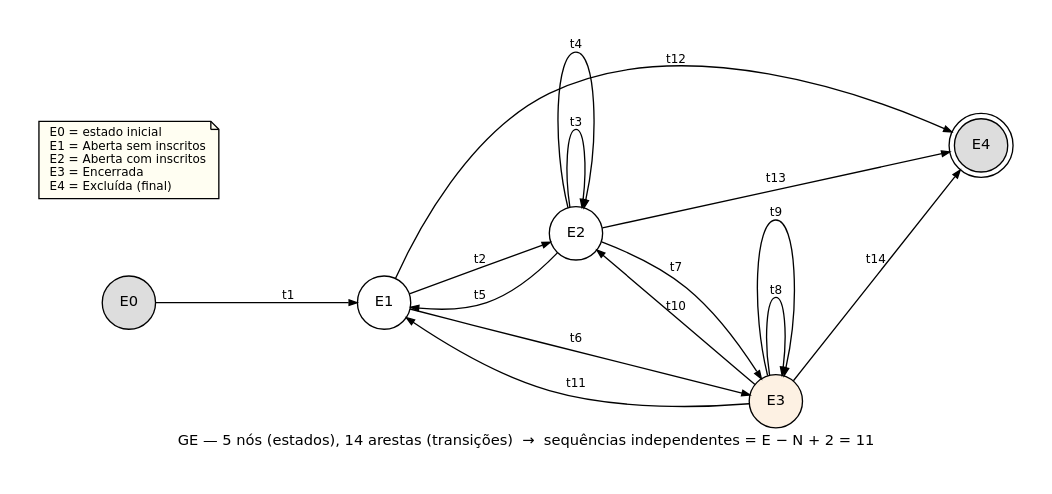
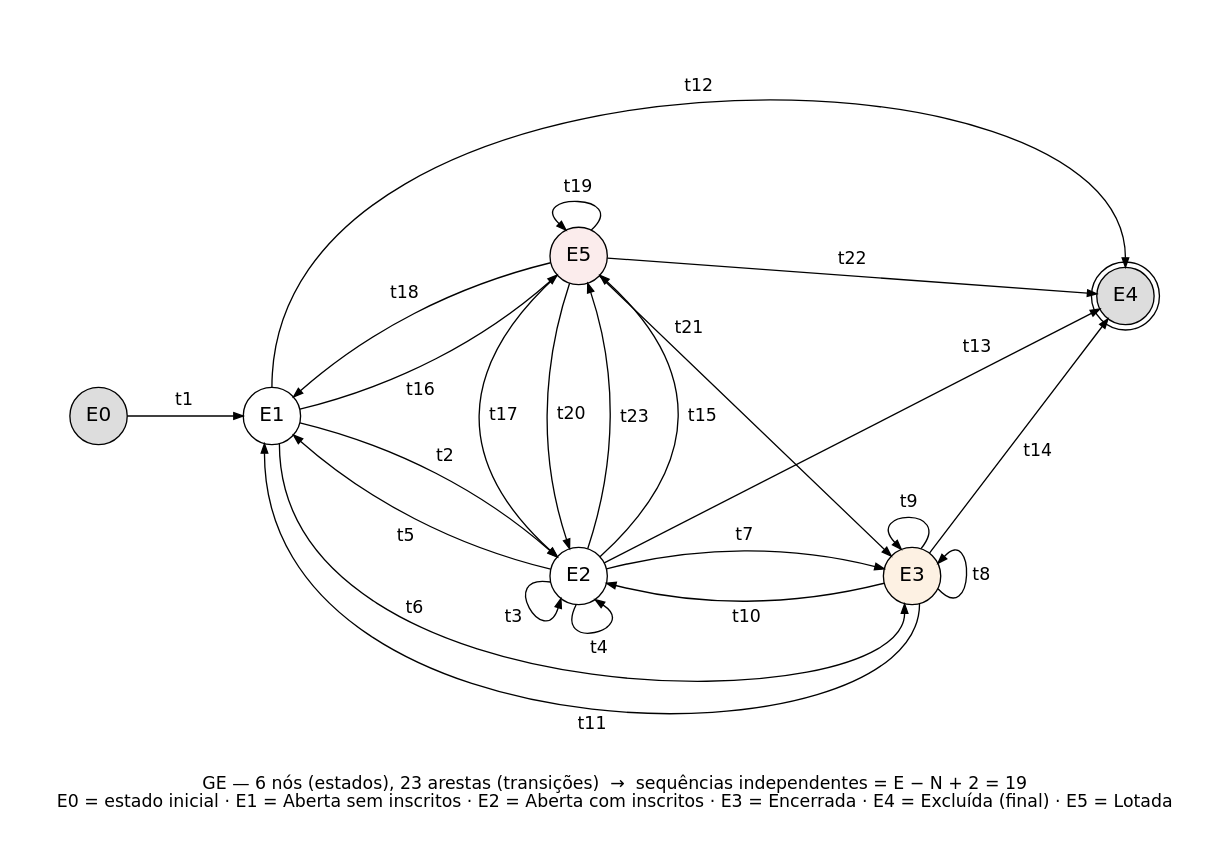
One commit to Conecta-Vida/Conecta-Vida-Mobile changed the diagram in qualidade/diagramas/ex05_ge.dot. Above: the diagram before and after it, drawn with Graphviz. The commit also changed 13 other files, not shown here.

```diff
--- a/qualidade/diagramas/ex05_ge.dot
+++ b/qualidade/diagramas/ex05_ge.dot
@@ -1,24 +1,38 @@
-// Exercício 5 - Grafo de Estados (GE) obtido do Diagrama de Transição de Estados
+// Exercício 5 - Grafo de Estados (GE) obtido do Diagrama de Transição de Estados (Figura 5).
+// Layout fixo (layout=nop2): posição de cada nó, trajeto de cada aresta e lugar de cada rótulo
+// definidos à mão, para nenhum rótulo cruzar outra aresta. Coordenadas em pontos.
 digraph ge {
-  graph [rankdir=LR, fontname="DejaVu Sans", fontsize=11, nodesep=0.8, ranksep=1.3, pad=0.3,
-         label="GE — 5 nós (estados), 14 arestas (transições)  →  sequências independentes = E − N + 2 = 11", labelloc=b];
-  node  [shape=circle, fontname="DejaVu Sans", fontsize=11, width=0.55, fixedsize=true, style=filled, fillcolor="#ffffff"];
-  edge  [fontname="DejaVu Sans", fontsize=9, arrowsize=0.6];
-  E0 [label="E0", fillcolor="#dddddd"]; E4 [label="E4", shape=doublecircle, fillcolor="#dddddd"];
-  E1; E2; E3 [fillcolor="#fdf1e3"];
-  E0 -> E1 [label="t1"];
-  E1 -> E2 [label="t2"];
-  E2 -> E2 [label="t3"];
-  E2 -> E2 [label="t4"];
-  E2 -> E1 [label="t5"];
-  E1 -> E3 [label="t6"];
-  E2 -> E3 [label="t7"];
-  E3 -> E3 [label="t8"];
-  E3 -> E3 [label="t9"];
-  E3 -> E2 [label="t10"];
-  E3 -> E1 [label="t11"];
-  E1 -> E4 [label="t12"];
-  E2 -> E4 [label="t13"];
-  E3 -> E4 [label="t14"];
-  legenda [shape=note, fixedsize=false, fontsize=9, fillcolor="#fffef2", label="E0 = estado inicial\lE1 = Aberta sem inscritos\lE2 = Aberta com inscritos\lE3 = Encerrada\lE4 = Excluída (final)\l"];
+  graph [layout=nop2, fontname="DejaVu Sans", fontsize=13, pad=0.2, labelloc=b,
+         label="GE — 6 nós (estados), 23 arestas (transições)  →  sequências independentes = E − N + 2 = 19\nE0 = estado inicial · E1 = Aberta sem inscritos · E2 = Aberta com inscritos · E3 = Encerrada · E4 = Excluída (final) · E5 = Lotada"];
+  node  [shape=circle, fontname="DejaVu Sans", fontsize=15, width=0.60, fixedsize=true, style=filled, fillcolor="#ffffff"];
+  edge  [fontname="DejaVu Sans", fontsize=13, arrowsize=0.7];
+  E0 [pos="40.0,270.0", fillcolor="#dddddd"];
+  E1 [pos="170.0,270.0"];
+  E2 [pos="400.0,150.0"];
+  E3 [pos="650.0,150.0", fillcolor="#fdf1e3"];
+  E4 [pos="810.0,360.0", shape=doublecircle, fillcolor="#dddddd"];
+  E5 [pos="400.0,390.0", fillcolor="#fbecec"];
+  E0 -> E1 [label="t1", pos="e,148.4,270.0 61.6,270.0 90.5,270.0 119.5,270.0 141.4,270.0", lp="104.1,281.8"];
+  E1 -> E2 [label="t2", pos="e,383.8,164.3 191.0,264.9 263.5,247.2 327.8,213.7 378.6,168.9", lp="299.7,240.0"];
+  E2 -> E2 [label="t3", pos="e,386.7,133.0 378.9,145.5 338.4,152.1 374.9,93.7 384.7,126.3", lp="351.1,118.8"];
+  E2 -> E2 [label="t4", pos="e,412.4,132.3 398.1,128.5 379.9,91.8 446.5,109.6 418.2,128.4", lp="415.2,95.4"];
+  E2 -> E1 [label="t5", pos="e,186.2,255.7 379.0,155.1 306.5,172.8 242.2,206.3 191.4,251.1", lp="270.3,180.0"];
+  E1 -> E3 [label="t6", pos="e,644.4,129.1 175.6,249.1 175.6,40.0 644.4,40.0 644.4,122.1", lp="276.9,125.8"];
+  E2 -> E3 [label="t7", pos="e,629.1,155.4 420.9,155.4 490.3,173.1 559.7,173.1 622.3,157.1", lp="524.2,180.7"];
+  E3 -> E3 [label="t8", pos="e,669.4,159.5 669.4,140.5 697.2,110.4 697.2,189.6 674.2,164.6", lp="701.9,150.6"];
+  E3 -> E3 [label="t9", pos="e,641.9,170.0 656.7,170.5 682.6,202.2 613.8,199.8 637.1,175.1", lp="647.5,205.1"];
+  E3 -> E2 [label="t10", pos="e,420.9,144.6 629.1,144.6 559.7,126.9 490.3,126.9 427.7,142.9", lp="525.8,119.3"];
+  E3 -> E1 [label="t11", pos="e,164.4,249.1 655.6,129.1 655.6,5.0 164.4,5.0 164.4,242.1", lp="410.0,38.4"];
+  E1 -> E4 [label="t12", pos="e,810.0,381.6 170.0,291.6 170.0,560.0 810.0,560.0 810.0,388.6", lp="490.0,516.8"];
+  E2 -> E4 [label="t13", pos="e,790.8,350.2 419.2,159.8 543.1,223.3 666.9,286.7 784.5,347.0", lp="698.6,321.4"];
+  E3 -> E4 [label="t14", pos="e,796.9,342.8 663.1,167.2 707.7,225.7 752.3,284.3 792.7,337.3", lp="744.1,243.2"];
+  E2 -> E5 [label="t15", pos="e,416.0,375.5 416.0,164.5 493.3,234.8 493.3,305.2 421.2,370.8", lp="492.7,269.4"];
+  E1 -> E5 [label="t16", pos="e,383.8,375.7 191.0,275.1 263.5,292.8 327.8,326.3 378.6,371.1", lp="281.4,289.0"];
+  E5 -> E2 [label="t17", pos="e,384.0,164.5 384.0,375.5 306.7,305.2 306.7,234.8 378.8,169.2", lp="343.5,270.6"];
+  E5 -> E1 [label="t18", pos="e,186.2,284.3 379.0,384.9 306.5,367.2 242.2,333.7 191.4,288.9", lp="269.4,361.7"];
+  E5 -> E5 [label="t19", pos="e,390.5,409.4 409.5,409.4 439.6,437.2 360.4,437.2 385.4,414.2", lp="399.4,441.6"];
+  E5 -> E2 [label="t20", pos="e,393.2,170.5 393.2,369.5 371.1,303.2 371.1,236.8 391.0,177.1", lp="394.4,270.8"];
+  E5 -> E3 [label="t21", pos="e,634.4,165.0 415.6,375.0 488.5,305.0 561.5,235.0 629.4,169.8", lp="482.7,335.6"];
+  E5 -> E4 [label="t22", pos="e,788.5,361.6 421.5,388.4 543.8,379.5 666.2,370.5 781.5,362.1", lp="605.1,387.7"];
+  E2 -> E5 [label="t23", pos="e,406.8,369.5 406.8,170.5 428.9,236.8 428.9,303.2 409.0,362.9", lp="441.8,269.2"];
 }
```
